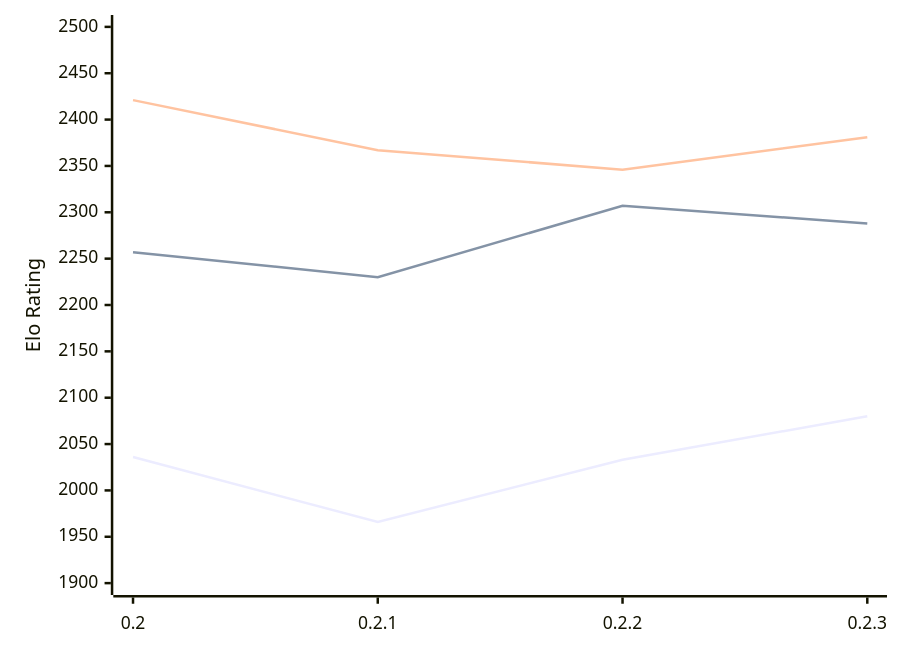
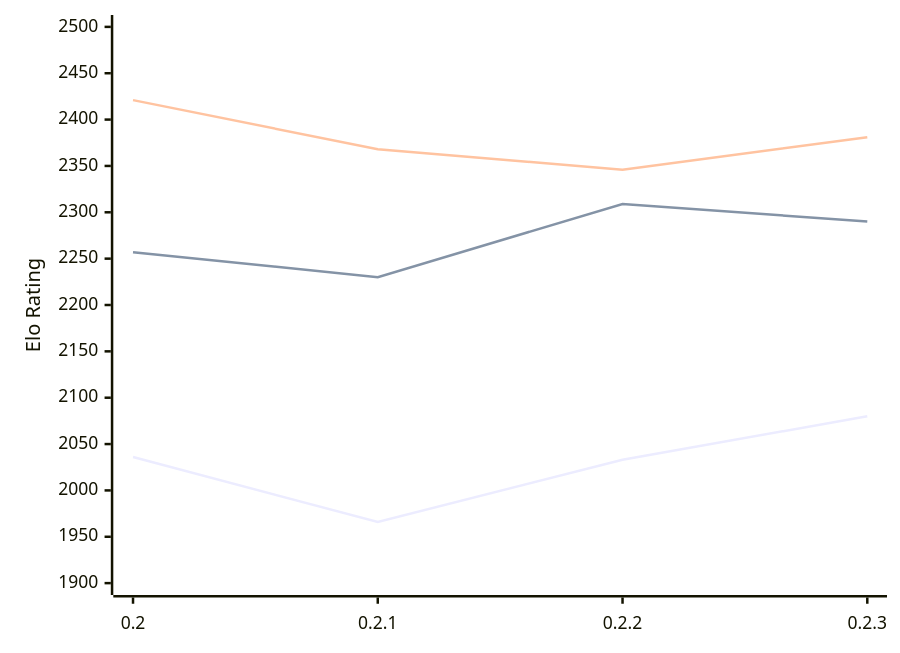
Before and after one commit to computer-chess-index/cci: the diagram in engines/Lolbot.md, drawn with Mermaid. The commit also changed other lines of this file, not shown here.

Commit message:
Update CCI Ratings (ELO VLTC) - 2026-02-11

````diff
--- a/engines/Lolbot.md
+++ b/engines/Lolbot.md
@@ -32,9 +32,9 @@
 ```mermaid
 %%{init: {"theme":"base","themeVariables":{"seriesColors:['#a3a3a3','#222221','#faa371']}}}%%
 xychart-beta
   x-axis ["0.2", "0.2.1", "0.2.2", "0.2.3"]
   y-axis "Elo Rating" 1900 --> 2500
   line "STC (8.0+0.08s)" [2036, 1966, 2033, 2080]
-  line "LTC (60.0+0.60s)" [2257, 2230, 2307, 2288]
-  line "VLTC (2m24s+1.12s)" [2421, 2367, 2346, 2381]
+  line "LTC (60.0+0.60s)" [2257, 2230, 2309, 2290]
+  line "VLTC (2m24s+1.12s)" [2421, 2368, 2346, 2381]
 ```
````
